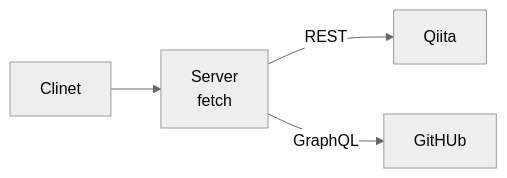
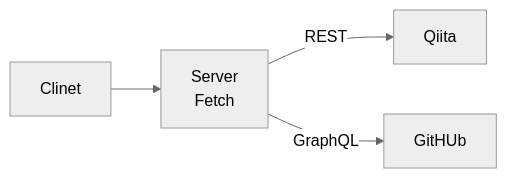
The diagram in articles-to-post.md (danny-yamamoto/my-portfolio-remix-ts), drawn with Mermaid (neutral theme) before and after one commit. The commit also changed other lines of this file, not shown here.

````diff
--- a/articles-to-post.md
+++ b/articles-to-post.md
@@ -5,11 +9,11 @@
 ```mermaid
 flowchart LR
     client["`Clinet`"]
     server0["`Server
-    fetch`"]
+    Fetch`"]
     server1["`Qiita`"]
     server2["`GitHUb`"]
     client --> server0
     server0 -->|REST| server1
     server0 -->|GraphQL| server2
 ```
````
